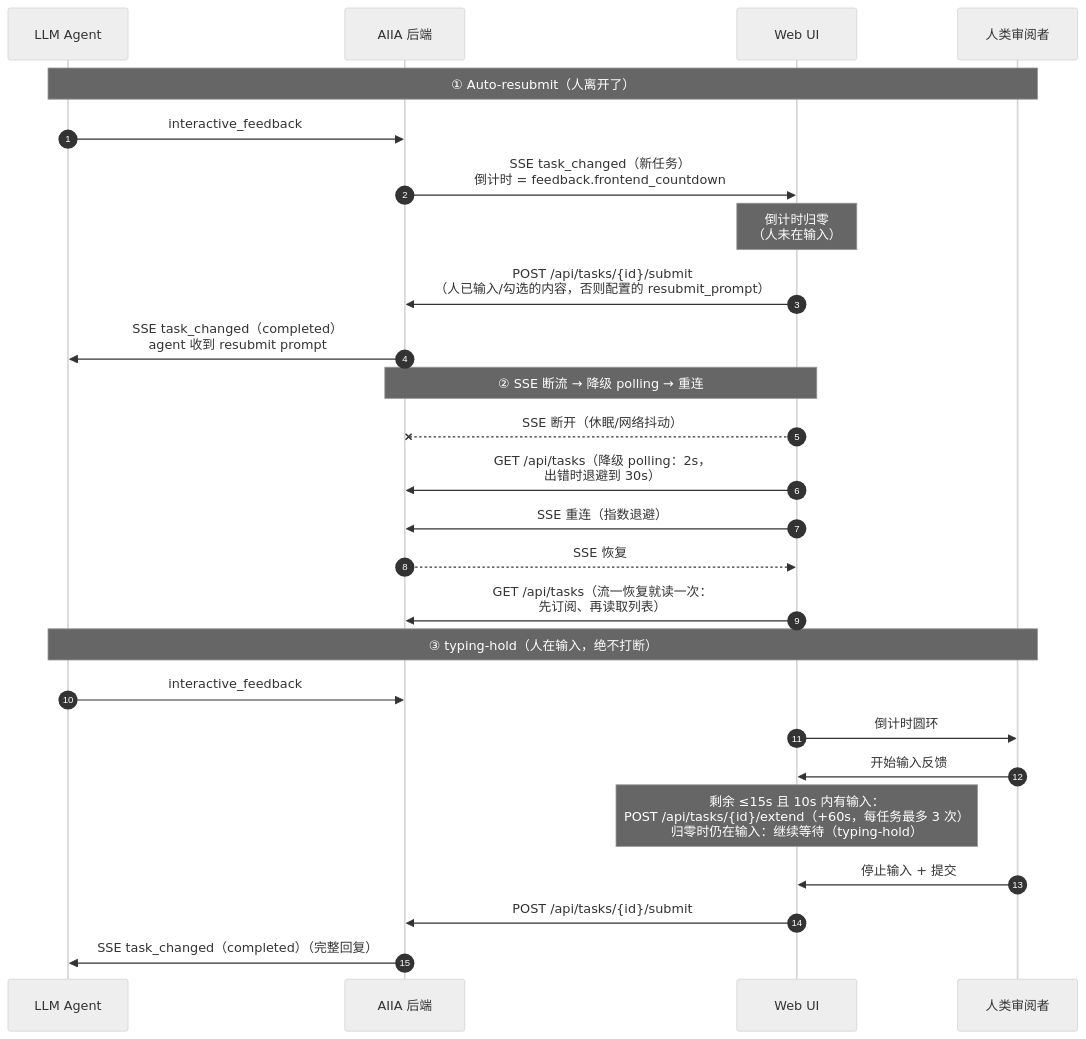
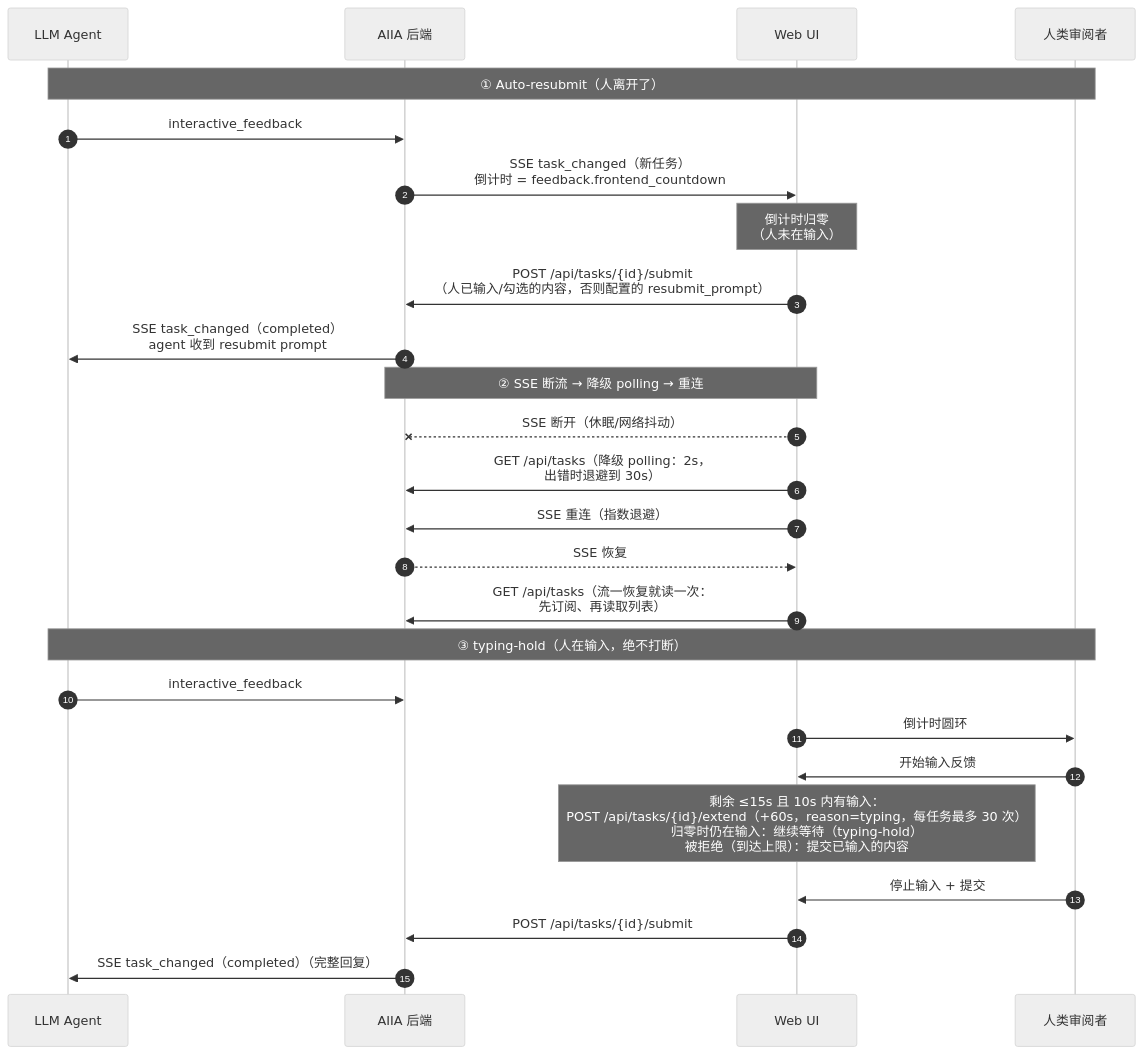
One commit to XIADENGMA/ai-intervention-agent changed the third of 3 diagrams in docs/architecture.zh-CN.md. Above: the diagram before and after it, drawn with Mermaid (neutral theme). The commit also changed other lines of this file and 94 other files, not shown here.

````diff
--- a/docs/architecture.zh-CN.md
+++ b/docs/architecture.zh-CN.md
@@ -107,31 +107,31 @@
 ```mermaid
 sequenceDiagram
     autonumber
     participant Agent as LLM Agent
     participant AIIA as AIIA 后端
     participant UI as Web UI
     participant Human as 人类审阅者
 
     Note over Agent,Human: ① Auto-resubmit（人离开了）
     Agent->>AIIA: interactive_feedback
     AIIA->>UI: SSE task_changed（新任务）<br/>倒计时 = feedback.frontend_countdown
     Note over UI: 倒计时归零<br/>（人未在输入）
     UI->>AIIA: POST /api/tasks/{id}/submit<br/>（人已输入/勾选的内容，否则配置的 resubmit_prompt）
     AIIA->>Agent: SSE task_changed（completed）<br/>agent 收到 resubmit prompt
 
     Note over UI,AIIA: ② SSE 断流 → 降级 polling → 重连
     UI--xAIIA: SSE 断开（休眠/网络抖动）
     UI->>AIIA: GET /api/tasks（降级 polling：2s，<br/>出错时退避到 30s）
     UI->>AIIA: SSE 重连（指数退避）
     AIIA-->>UI: SSE 恢复
     UI->>AIIA: GET /api/tasks（流一恢复就读一次：<br/>先订阅、再读取列表）
 
     Note over Agent,Human: ③ typing-hold（人在输入，绝不打断）
     Agent->>AIIA: interactive_feedback
     UI->>Human: 倒计时圆环
     Human->>UI: 开始输入反馈
-    Note over UI: 剩余 ≤15s 且 10s 内有输入：<br/>POST /api/tasks/{id}/extend（+60s，每任务最多 3 次）<br/>归零时仍在输入：继续等待（typing-hold）
+    Note over UI: 剩余 ≤15s 且 10s 内有输入：<br/>POST /api/tasks/{id}/extend（+60s，reason=typing，每任务最多 30 次）<br/>归零时仍在输入：继续等待（typing-hold）<br/>被拒绝（到达上限）：提交已输入的内容
     Human->>UI: 停止输入 + 提交
     UI->>AIIA: POST /api/tasks/{id}/submit
     AIIA->>Agent: SSE task_changed（completed）（完整回复）
 ```
````
